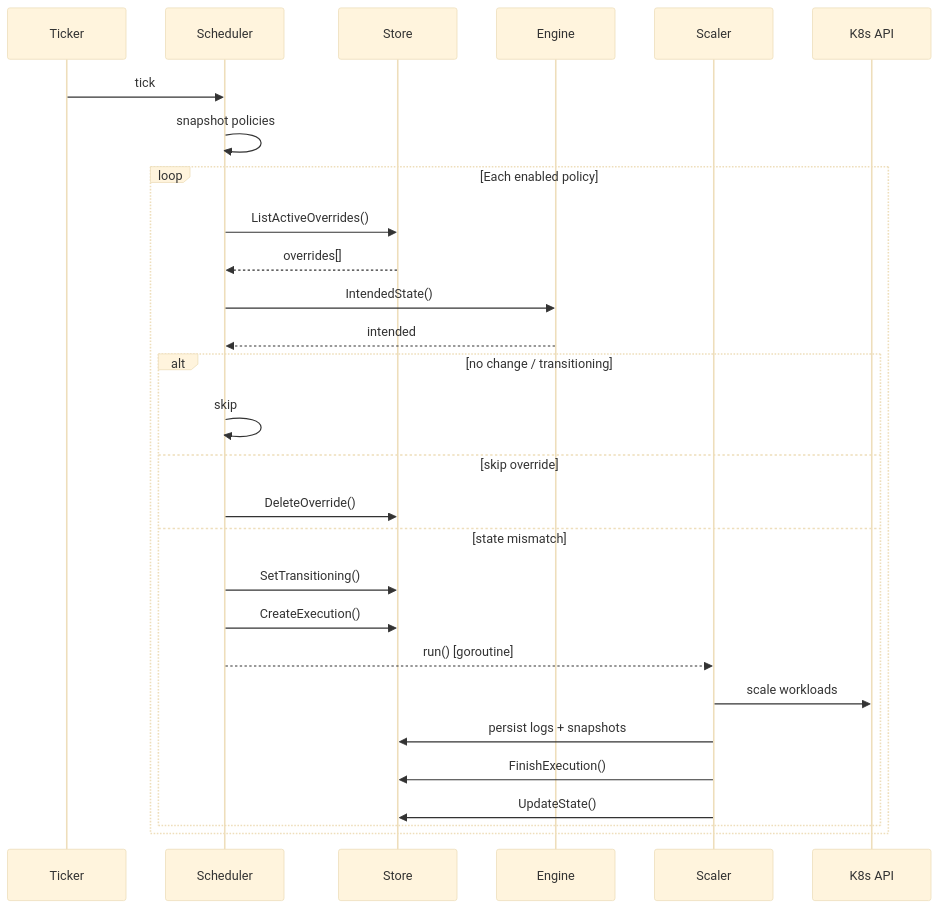
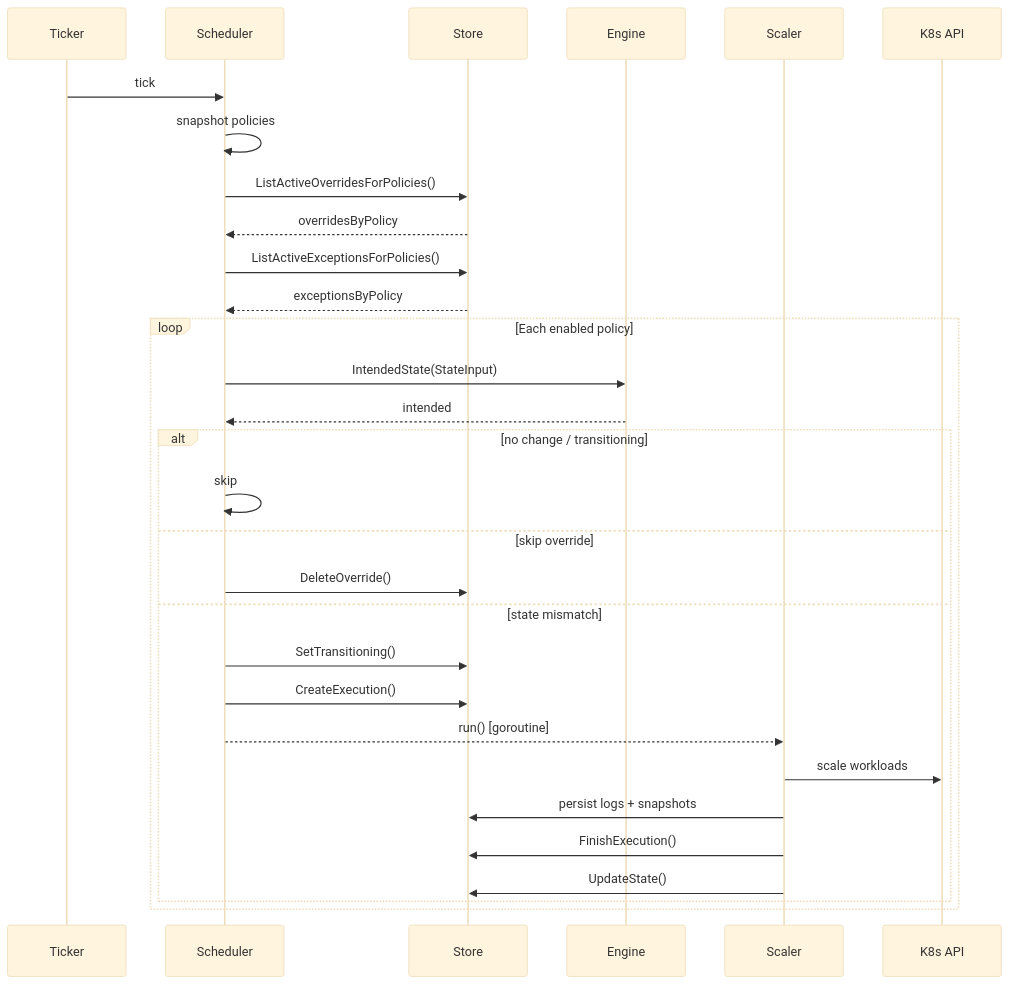
The third of 3 diagrams in docs/window-native-scheduling.md (MacXsimilian/kube-phoenix), drawn with Mermaid (base theme) before and after one commit. The commit also changed other lines of this file and 5 other files, not shown here.

````diff
--- a/docs/window-native-scheduling.md
+++ b/docs/window-native-scheduling.md
@@ -291,33 +293,36 @@
 ```mermaid
 sequenceDiagram
     participant T as Ticker
     participant PS as Scheduler
     participant DB as Store
     participant E as Engine
     participant S as Scaler
     participant K as K8s API
 
     T->>PS: tick
     PS->>PS: snapshot policies
 
+    PS->>DB: ListActiveOverridesForPolicies()
+    DB-->>PS: overridesByPolicy
+    PS->>DB: ListActiveExceptionsForPolicies()
+    DB-->>PS: exceptionsByPolicy
+
     loop Each enabled policy
-        PS->>DB: ListActiveOverrides()
-        DB-->>PS: overrides[]
-        PS->>E: IntendedState()
+        PS->>E: IntendedState(StateInput)
         E-->>PS: intended
 
         alt no change / transitioning
             PS->>PS: skip
         else skip override
             PS->>DB: DeleteOverride()
         else state mismatch
             PS->>DB: SetTransitioning()
             PS->>DB: CreateExecution()
             PS-->>S: run() [goroutine]
             S->>K: scale workloads
             S->>DB: persist logs + snapshots
             S->>DB: FinishExecution()
             S->>DB: UpdateState()
         end
     end
 ```
````
